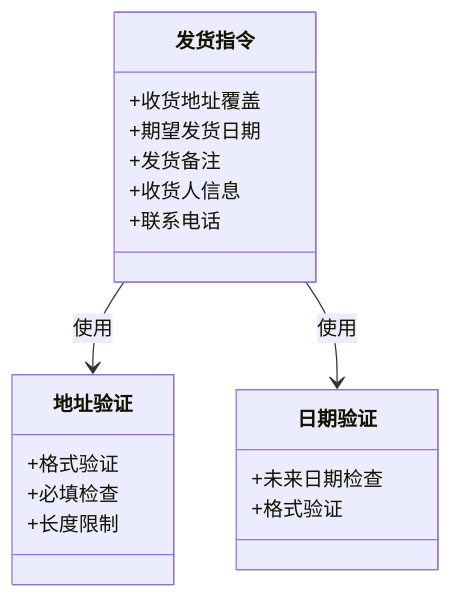
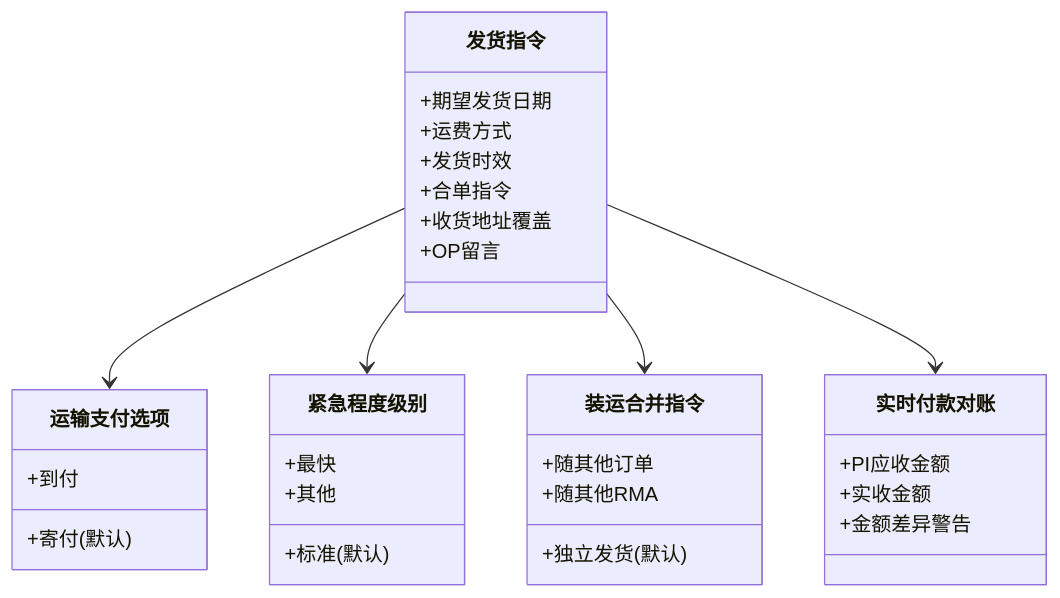
The fifth of 7 diagrams in .qoder/repowiki/zh/content/前端组件架构/服务工作流增强/结案交接模态框.md (CubeEdge/Longhorn), drawn with Mermaid before and after one commit. The commit also changed other lines of this file and 3 other files, not shown here.

````diff
--- a/.qoder/repowiki/zh/content/前端组件架构/服务工作流增强/结案交接模态框.md
+++ b/.qoder/repowiki/zh/content/前端组件架构/服务工作流增强/结案交接模态框.md
@@ -191,21 +211,34 @@
 ```mermaid
 classDiagram
 class 发货指令 {
++期望发货日期
++运费方式
++发货时效
++合单指令
 +收货地址覆盖
-+期望发货日期
-+发货备注
-+收货人信息
-+联系电话
++OP留言
 }
-class 地址验证 {
-+格式验证
-+必填检查
-+长度限制
+class 运输支付选项 {
++寄付(默认)
++到付
 }
-class 日期验证 {
-+未来日期检查
-+格式验证
+class 紧急程度级别 {
++最快
++标准(默认)
++其他
 }
-发货指令 --> 地址验证 : 使用
-发货指令 --> 日期验证 : 使用
+class 装运合并指令 {
++独立发货(默认)
++随其他订单
++随其他RMA
+}
+class 实时付款对账 {
++PI应收金额
++实收金额
++金额差异警告
+}
+发货指令 --> 运输支付选项
+发货指令 --> 紧急程度级别
+发货指令 --> 装运合并指令
+发货指令 --> 实时付款对账
 ```
````
